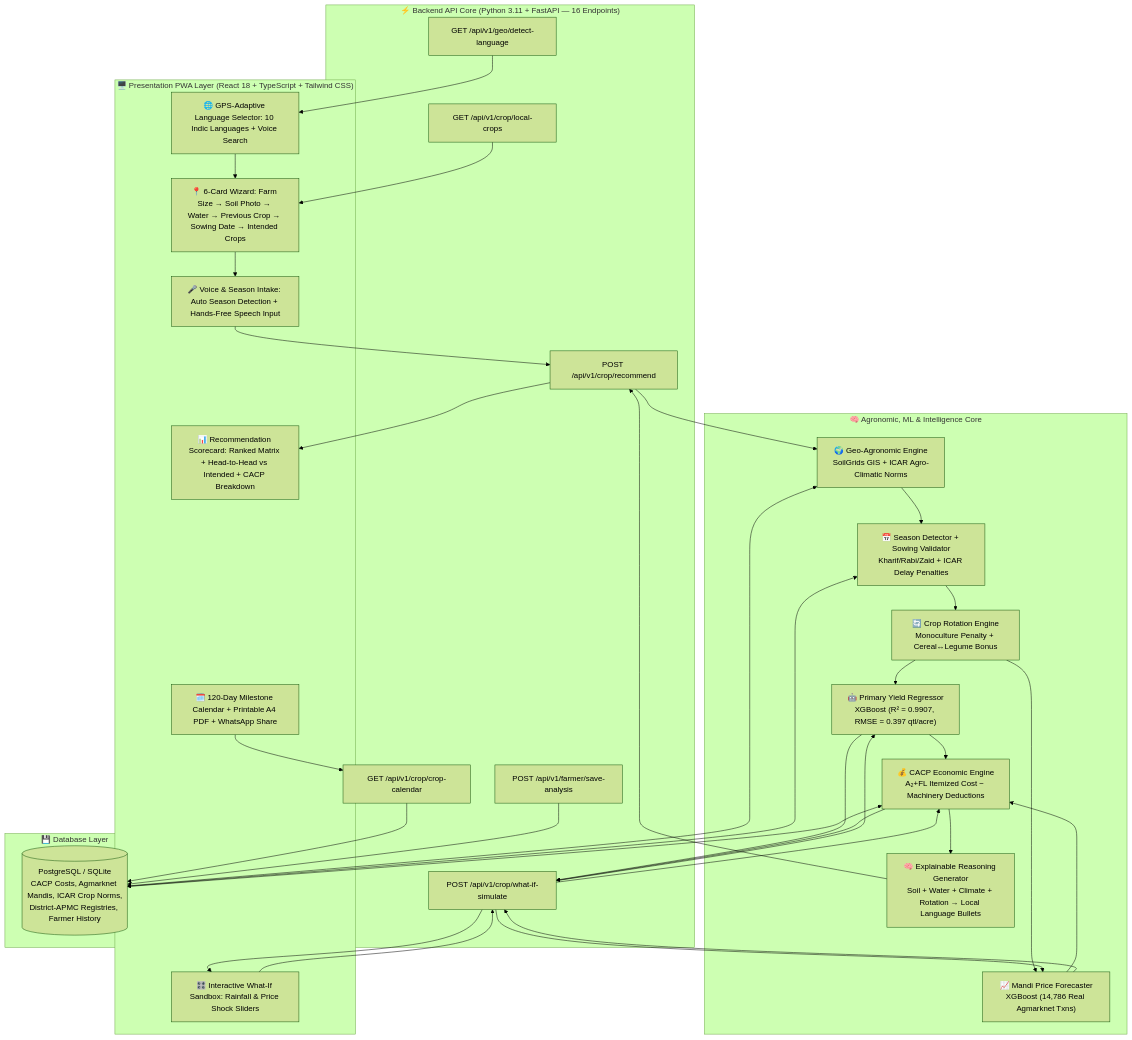
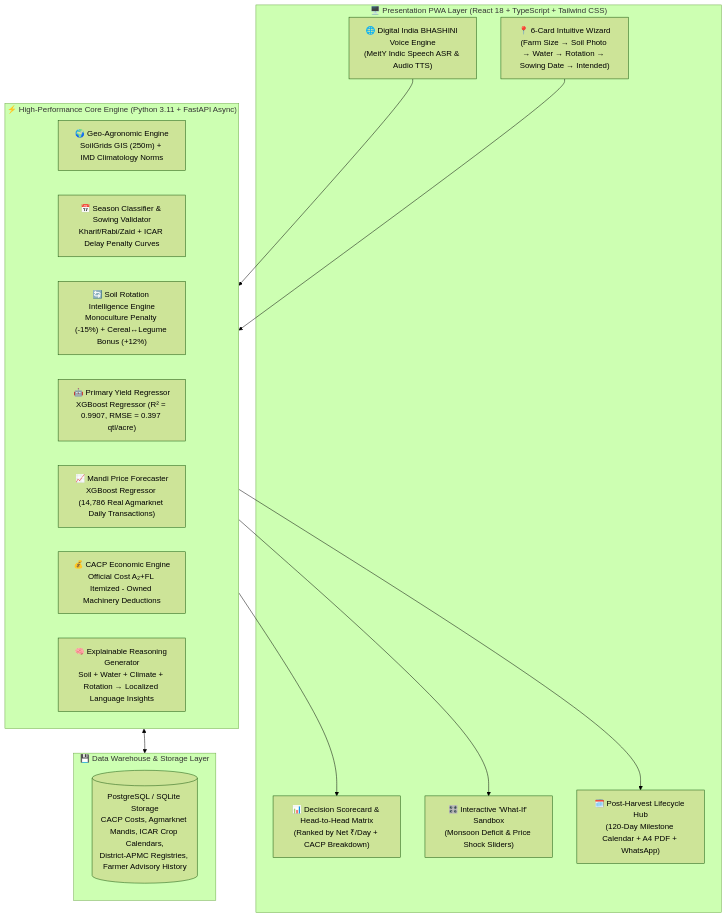
The first of 4 diagrams in README.md (sujeetaionly/agri-decide-sih), drawn with Mermaid (forest theme) before and after one commit. The commit also changed other lines of this file and 36 other files, not shown here.

Commit message:
feat(docs & fullstack): polish Fasal Disha README with GFM tables, Bhashini Voice AI, SIH 2026 branding & resilient backend

````diff
--- a/README.md
+++ b/README.md
@@ -90,44 +94,28 @@
 ```mermaid
 flowchart TD
     subgraph UI_Layer ["🖥️ Presentation PWA Layer (React 18 + TypeScript + Tailwind CSS)"]
-        A1["🌐 GPS-Adaptive Language Selector: 10 Indic Languages + Voice Search"]
-        A2["📍 6-Card Wizard: Farm Size → Soil Photo → Water → Previous Crop → Sowing Date → Intended Crops"]
-        A3["🎤 Voice & Season Intake: Auto Season Detection + Hands-Free Speech Input"]
-        A4["📊 Recommendation Scorecard: Ranked Matrix + Head-to-Head vs Intended + CACP Breakdown"]
-        A5["🎛️ Interactive What-If Sandbox: Rainfall & Price Shock Sliders"]
-        A6["🗓️ 120-Day Milestone Calendar + Printable A4 PDF + WhatsApp Share"]
+        A1["🌐 Digital India BHASHINI Voice Engine\n(MeitY Indic Speech ASR & Audio TTS)"]
+        A2["📍 6-Card Intuitive Wizard\n(Farm Size → Soil Photo → Water → Rotation → Sowing Date → Intended)"]
+        A3["📊 Decision Scorecard & Head-to-Head Matrix\n(Ranked by Net ₹/Day + CACP Breakdown)"]
+        A4["🎛️ Interactive 'What-If' Sandbox\n(Monsoon Deficit & Price Shock Sliders)"]
+        A5["🗓️ Post-Harvest Lifecycle Hub\n(120-Day Milestone Calendar + A4 PDF + WhatsApp)"]
     end
 
-    subgraph API_Layer ["⚡ Backend API Core (Python 3.11 + FastAPI — 16 Endpoints)"]
-        B1["POST /api/v1/crop/recommend"]
-        B2["POST /api/v1/crop/what-if-simulate"]
-        B3["GET /api/v1/crop/local-crops"]
-        B4["GET /api/v1/crop/crop-calendar"]
-        B5["GET /api/v1/geo/detect-language"]
-        B6["POST /api/v1/farmer/save-analysis"]
+    subgraph Core_Engine ["⚡ High-Performance Core Engine (Python 3.11 + FastAPI Async)"]
+        B1["🌍 Geo-Agronomic Engine\nSoilGrids GIS (250m) + IMD Climatology Norms"]
+        B2["📅 Season Classifier & Sowing Validator\nKharif/Rabi/Zaid + ICAR Delay Penalty Curves"]
+        B3["🔄 Soil Rotation Intelligence Engine\nMonoculture Penalty (-15%) + Cereal↔Legume Bonus (+12%)"]
+        B4["🤖 Primary Yield Regressor\nXGBoost Regressor (R² = 0.9907, RMSE = 0.397 qtl/acre)"]
+        B5["📈 Mandi Price Forecaster\nXGBoost Regressor (14,786 Real Agmarknet Daily Transactions)"]
+        B6["💰 CACP Economic Engine\nOfficial Cost A₂+FL Itemized - Owned Machinery Deductions"]
+        B7["🧠 Explainable Reasoning Generator\nSoil + Water + Climate + Rotation → Localized Language Insights"]
     end
 
-    subgraph Data_Engine ["🧠 Agronomic, ML & Intelligence Core"]
-        C1["🌍 Geo-Agronomic Engine\nSoilGrids GIS + ICAR Agro-Climatic Norms"]
-        C2["📅 Season Detector + Sowing Validator\nKharif/Rabi/Zaid + ICAR Delay Penalties"]
-        C3["🔄 Crop Rotation Engine\nMonoculture Penalty + Cereal↔Legume Bonus"]
-        C4["🤖 Primary Yield Regressor\nXGBoost (R² = 0.9907, RMSE = 0.397 qtl/acre)"]
-        C5["📈 Mandi Price Forecaster\nXGBoost (14,786 Real Agmarknet Txns)"]
-        C6["💰 CACP Economic Engine\nA₂+FL Itemized Cost − Machinery Deductions"]
-        C7["🧠 Explainable Reasoning Generator\nSoil + Water + Climate + Rotation → Local Language Bullets"]
+    subgraph Data_Warehouse ["💾 Data Warehouse & Storage Layer"]
+        C1[("PostgreSQL / SQLite Storage\nCACP Costs, Agmarknet Mandis, ICAR Crop Calendars,\nDistrict-APMC Registries, Farmer Advisory History")]
     end
 
-    subgraph Storage ["💾 Database Layer"]
-        D1[("PostgreSQL / SQLite\nCACP Costs, Agmarknet Mandis, ICAR Crop Norms,\nDistrict-APMC Registries, Farmer History")]
-    end
-
-    A1 --> A2 --> A3 --> B1
-    B5 --> A1
-    B3 --> A2
-    B1 --> C1 --> C2 --> C3 --> C4 & C5 --> C6 --> C7 --> B1
-    B1 --> A4
-    A5 --> B2 --> C4 & C5 & C6 --> B2 --> A5
-    A6 --> B4 --> D1
-    B6 --> D1
-    C1 & C2 & C6 <--> D1
+    A1 & A2 --> Core_Engine
+    Core_Engine <--> Data_Warehouse
+    Core_Engine --> A3 & A4 & A5
 ```
````
